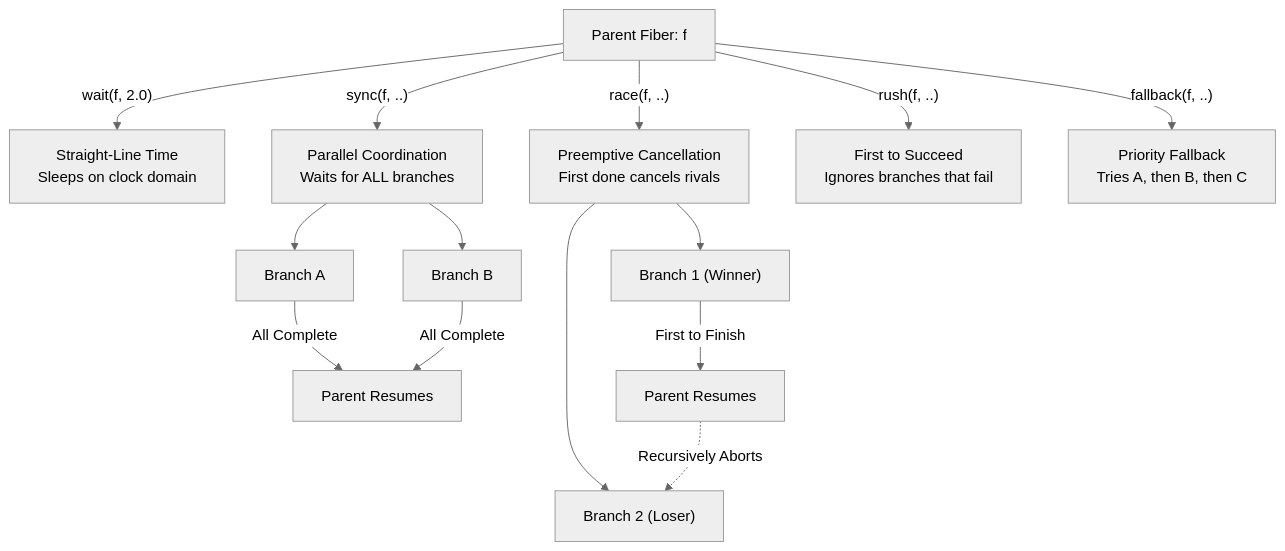
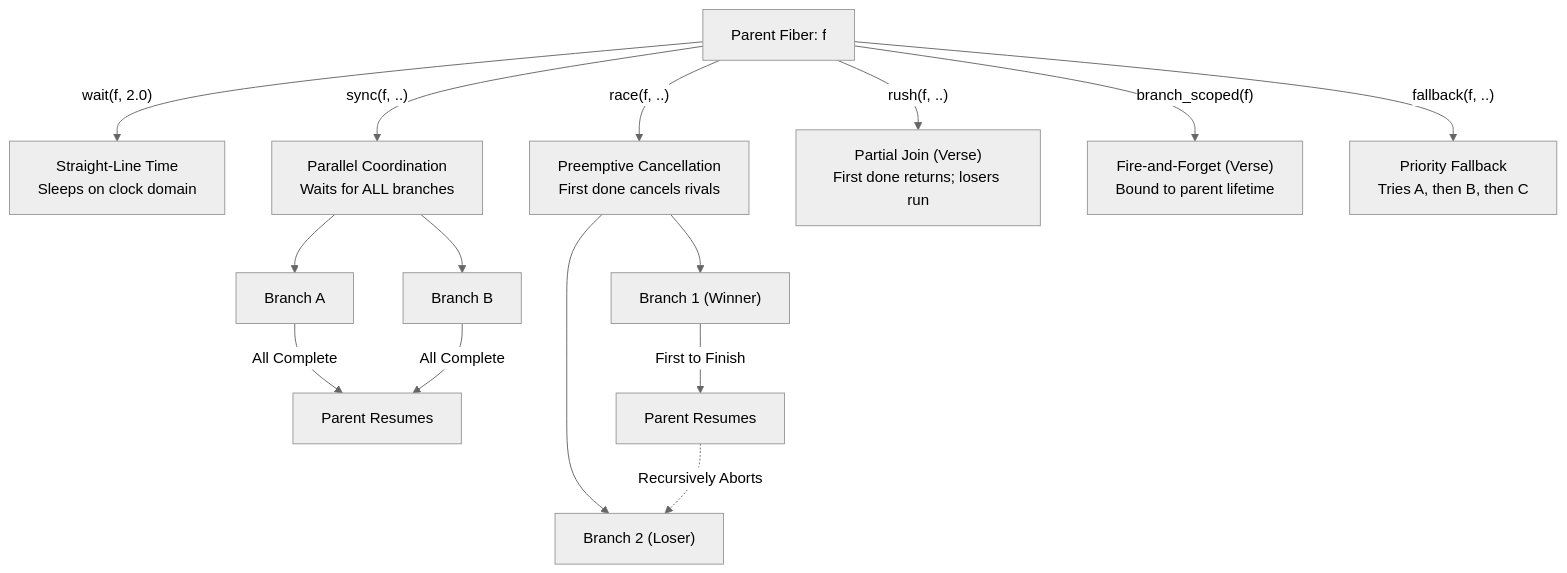
One commit to Nebulavenus/coroutines-games-odin-asm changed the first of 2 diagrams in README.md. Above: the diagram before and after it, drawn with Mermaid (neutral theme). The commit also changed other lines of this file and 26 other files, not shown here.

````diff
--- a/README.md
+++ b/README.md
@@ -17,19 +17,20 @@
 ```mermaid
 flowchart TD
     Parent["Parent Fiber: f"]
 
     Parent -->|"wait(f, 2.0)"| Time["Straight-Line Time<br/>Sleeps on clock domain"]
     Parent -->|"sync(f, ..)"| Sync["Parallel Coordination<br/>Waits for ALL branches"]
     Parent -->|"race(f, ..)"| Race["Preemptive Cancellation<br/>First done cancels rivals"]
-    Parent -->|"rush(f, ..)"| Rush["First to Succeed<br/>Ignores branches that fail"]
+    Parent -->|"rush(f, ..)"| Rush["Partial Join (Verse)<br/>First done returns; losers run"]
+    Parent -->|"branch_scoped(f)"| Scoped["Fire-and-Forget (Verse)<br/>Bound to parent lifetime"]
     Parent -->|"fallback(f, ..)"| Fallback["Priority Fallback<br/>Tries A, then B, then C"]
 
     Sync --> S1["Branch A"]
     Sync --> S2["Branch B"]
     S1 & S2 -->|"All Complete"| S_Join["Parent Resumes"]
 
     Race --> R1["Branch 1 (Winner)"]
     Race --> R2["Branch 2 (Loser)"]
     R1 -->|"First to Finish"| R_Win["Parent Resumes"]
     R_Win -.->|"Recursively Aborts"| R2
 ```
````
